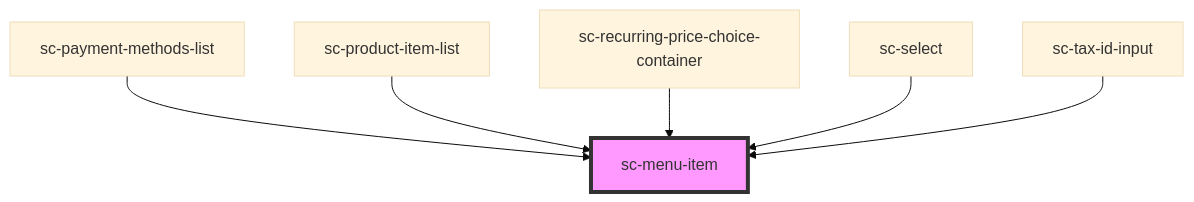
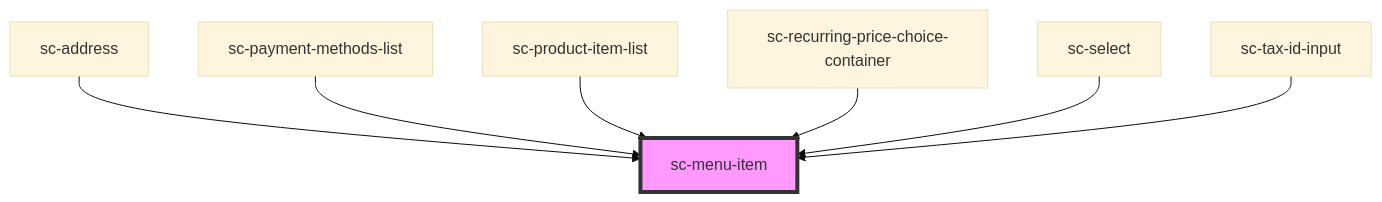
The diagram in packages/components/src/components/ui/menu-item/readme.md (surecart/surecart-wp-plugin), drawn with Mermaid (base theme) before and after one commit. The commit also changed other lines of this file and 19 other files, not shown here.

````diff
--- a/packages/components/src/components/ui/menu-item/readme.md
+++ b/packages/components/src/components/ui/menu-item/readme.md
@@ -68,9 +69,10 @@
 ```mermaid
 graph TD;
+  sc-address --> sc-menu-item
   sc-payment-methods-list --> sc-menu-item
   sc-product-item-list --> sc-menu-item
   sc-recurring-price-choice-container --> sc-menu-item
   sc-select --> sc-menu-item
   sc-tax-id-input --> sc-menu-item
   style sc-menu-item fill:#f9f,stroke:#333,stroke-width:4px
 ```
````
